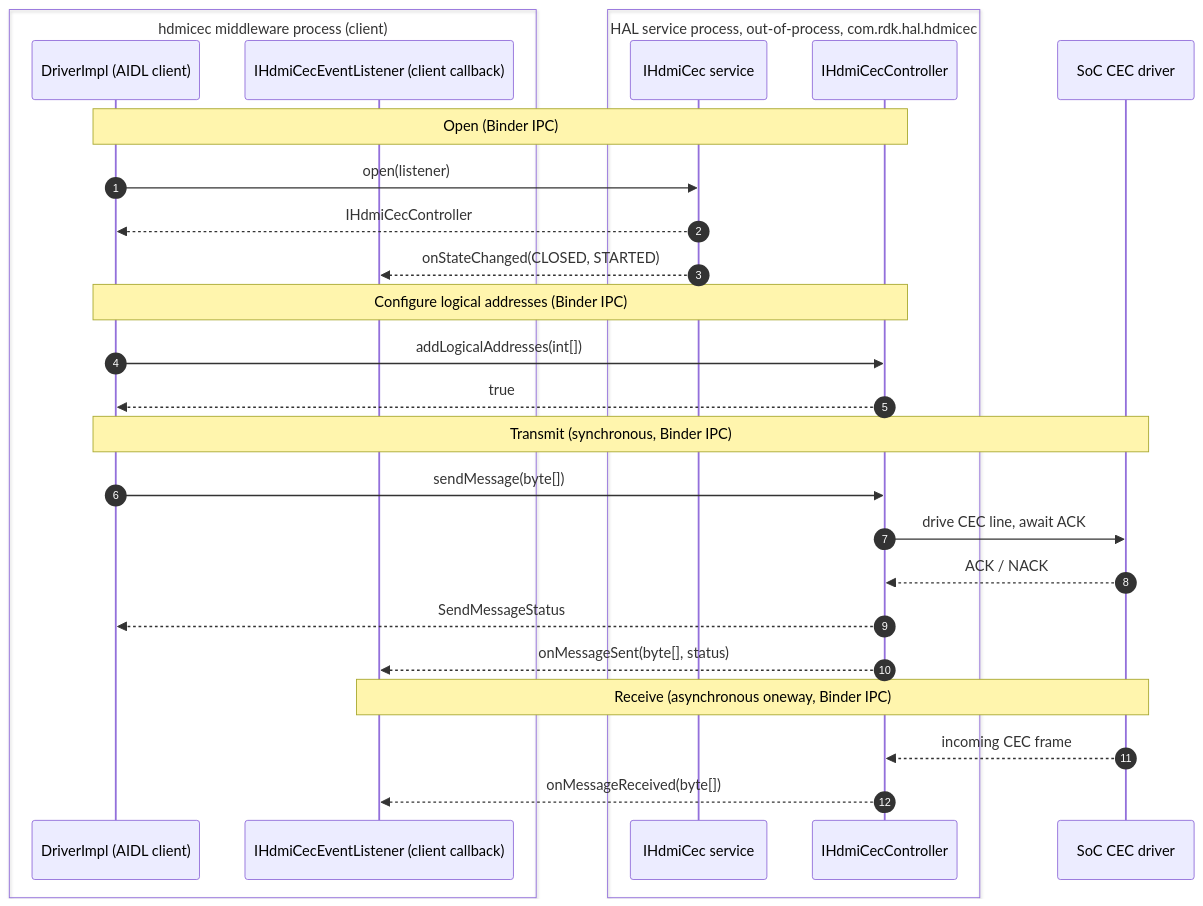
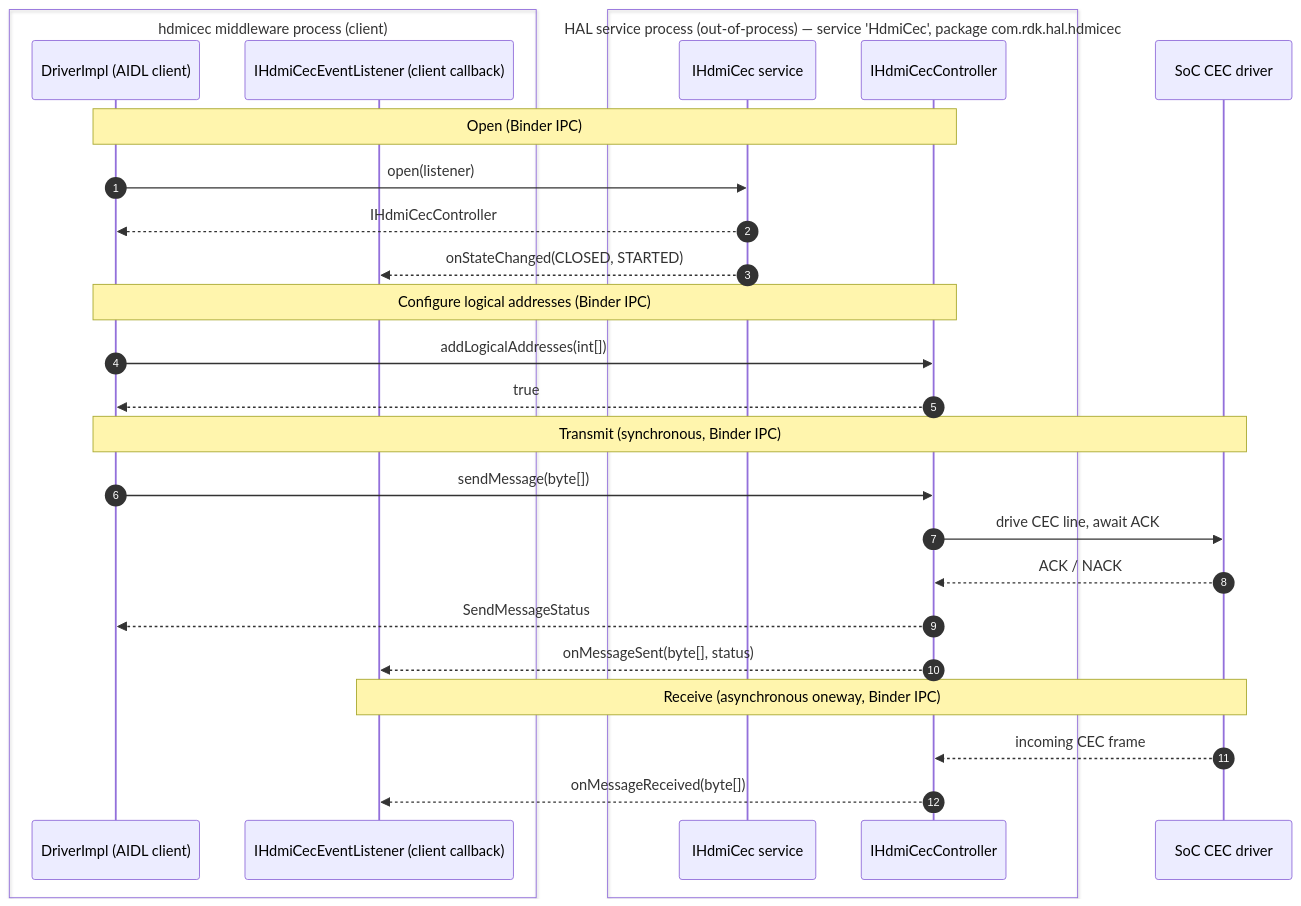
One commit to Blitzy-Sky/hdmicec changed the second of 2 diagrams in docs/architecture/hal-interaction.md. Above: the diagram before and after it, drawn with Mermaid. The commit also changed other lines of this file and 14 other files, not shown here.

````diff
--- a/docs/architecture/hal-interaction.md
+++ b/docs/architecture/hal-interaction.md
@@ -167,33 +171,33 @@
 ```mermaid
 sequenceDiagram
     autonumber
     box transparent hdmicec middleware process (client)
         participant DI as DriverImpl (AIDL client)
         participant LSN as IHdmiCecEventListener (client callback)
     end
-    box transparent HAL service process, out-of-process, com.rdk.hal.hdmicec
+    box transparent HAL service process (out-of-process) — service 'HdmiCec', package com.rdk.hal.hdmicec
         participant SVC as IHdmiCec service
         participant CTRL as IHdmiCecController
     end
     participant SOC as SoC CEC driver
 
     Note over DI,CTRL: Open (Binder IPC)
     DI->>SVC: open(listener)
     SVC-->>DI: IHdmiCecController
     SVC-->>LSN: onStateChanged(CLOSED, STARTED)
 
     Note over DI,CTRL: Configure logical addresses (Binder IPC)
     DI->>CTRL: addLogicalAddresses(int[])
     CTRL-->>DI: true
 
     Note over DI,SOC: Transmit (synchronous, Binder IPC)
     DI->>CTRL: sendMessage(byte[])
     CTRL->>SOC: drive CEC line, await ACK
     SOC-->>CTRL: ACK / NACK
     CTRL-->>DI: SendMessageStatus
     CTRL-->>LSN: onMessageSent(byte[], status)
 
     Note over SOC,LSN: Receive (asynchronous oneway, Binder IPC)
     SOC-->>CTRL: incoming CEC frame
     CTRL-->>LSN: onMessageReceived(byte[])
 ```
````
